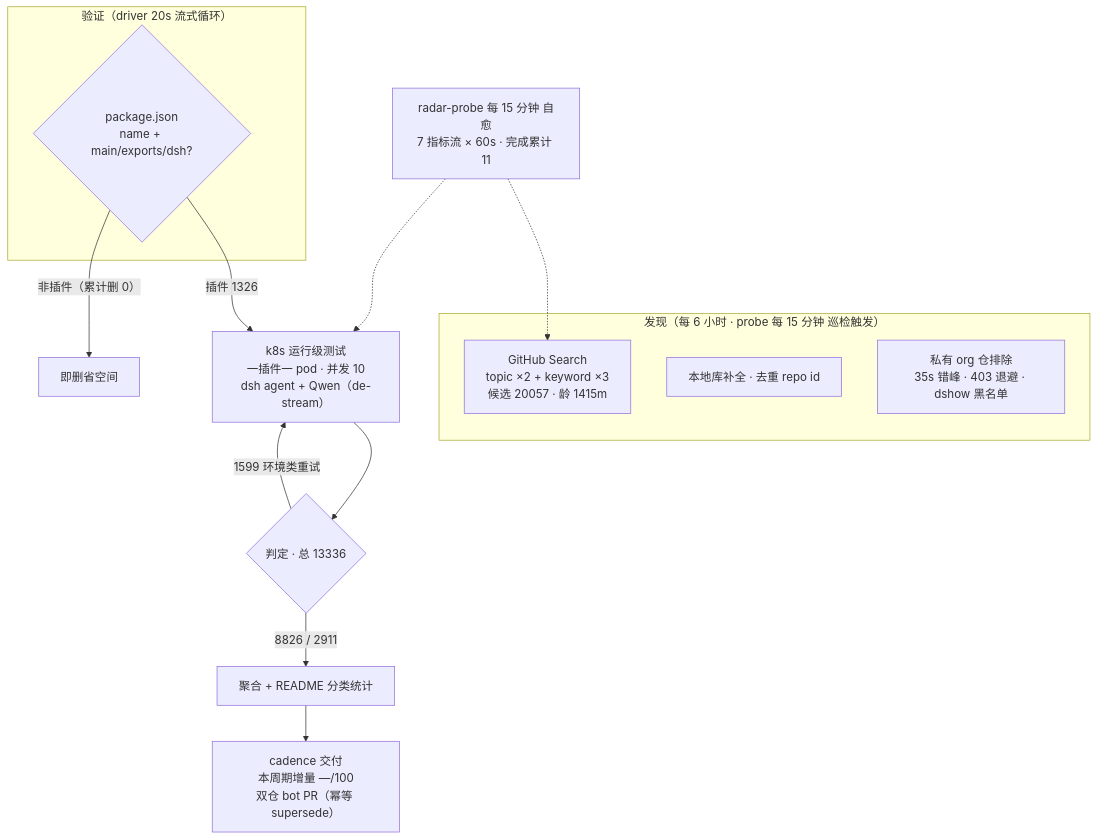
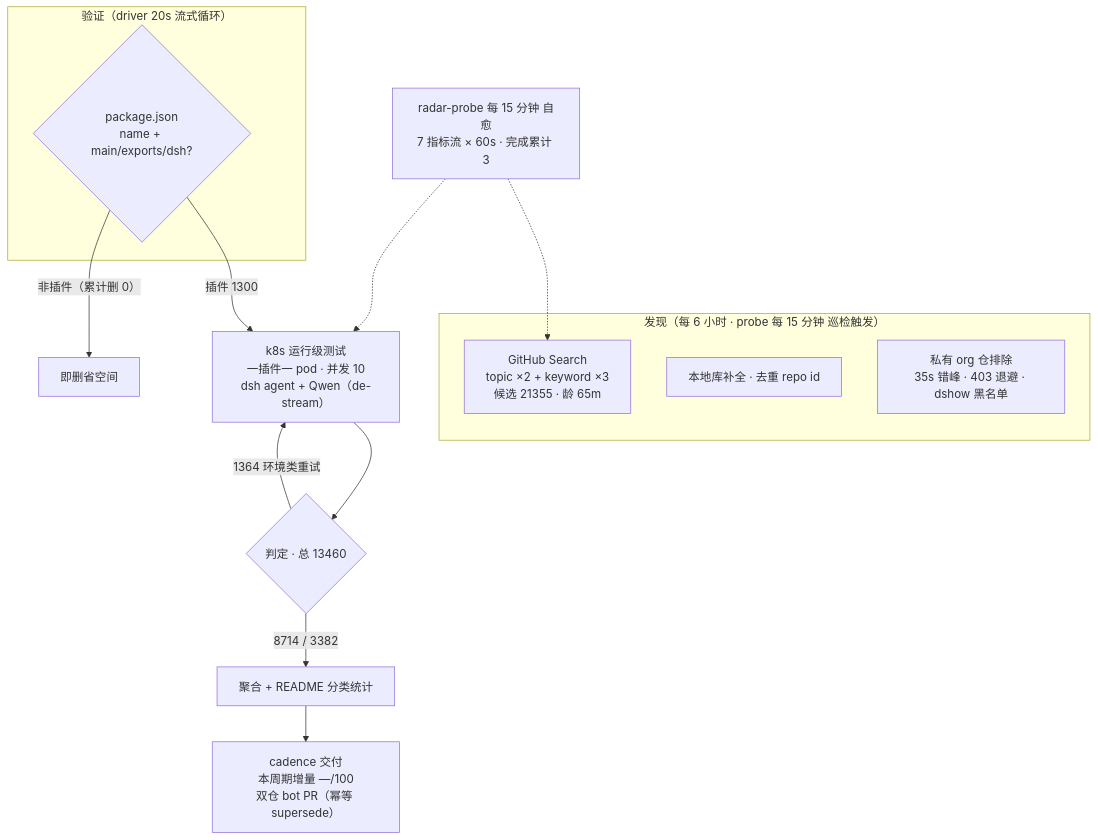
Before and after one commit to Zhidao-Lab-OSS/awesome-dsh-plugins: the diagram in README.md, drawn with Mermaid. The commit also changed other lines of this file and 1 other file, not shown here.

````diff
--- a/README.md
+++ b/README.md
@@ -54,20 +51,20 @@
 ```mermaid
 flowchart TB
     subgraph Discovery["发现（每 6 小时 · probe 每 15 分钟 巡检触发）"]
-        A1["GitHub Search<br/>topic ×2 + keyword ×3<br/>候选 20057 · 龄 1415m"]
+        A1["GitHub Search<br/>topic ×2 + keyword ×3<br/>候选 21355 · 龄 65m"]
         A2["本地库补全 · 去重 repo id"]
         A3["私有 org 仓排除<br/>35s 错峰 · 403 退避 · dshow 黑名单"]
     end
     subgraph Validation["验证（driver 20s 流式循环）"]
         B1{"package.json<br/>name + main/exports/dsh?"}
     end
-    B1 -->|"插件 1326"| C1["k8s 运行级测试<br/>一插件一 pod · 并发 10<br/>dsh agent + Qwen（de-stream）"]
+    B1 -->|"插件 1300"| C1["k8s 运行级测试<br/>一插件一 pod · 并发 10<br/>dsh agent + Qwen（de-stream）"]
     B1 -->|"非插件（累计删 0）"| B3["即删省空间"]
-    C1 --> D1{"判定 · 总 13336"}
-    D1 -->|"8826 / 2911"| E1["聚合 + README 分类统计"]
-    D1 -->|"1599 环境类重试"| C1
+    C1 --> D1{"判定 · 总 13460"}
+    D1 -->|"8714 / 3382"| E1["聚合 + README 分类统计"]
+    D1 -->|"1364 环境类重试"| C1
     E1 --> E2["cadence 交付<br/>本周期增量 —/100<br/>双仓 bot PR（幂等 supersede）"]
-    M["radar-probe 每 15 分钟 自愈<br/>7 指标流 × 60s · 完成累计 11"]
+    M["radar-probe 每 15 分钟 自愈<br/>7 指标流 × 60s · 完成累计 3"]
     M -.-> A1
     M -.-> C1
 ```
````
